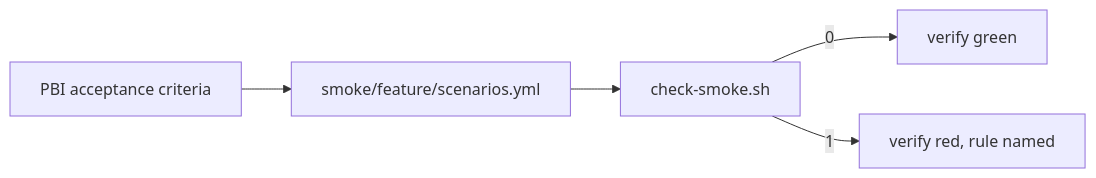
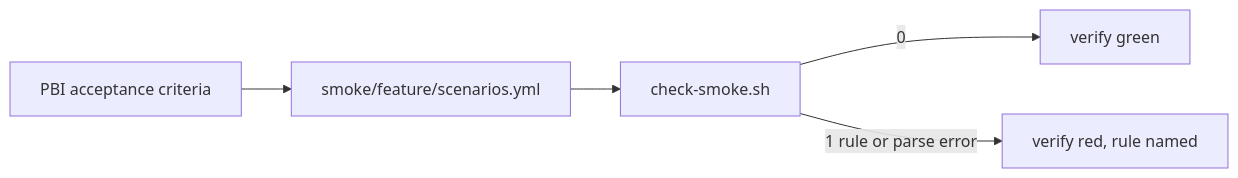
One commit to svennijhuis/agentic-workflows changed the first of 2 diagrams in docs/pbi/smoke/SM01.md. Above: the diagram before and after it, drawn with Mermaid. The commit also changed other lines of this file and 8 other files, not shown here.

First line of the commit message:
docs(pbi): smoke SM01-SM07, Cursor review fixes at 17510cc

````diff
--- a/docs/pbi/smoke/SM01.md
+++ b/docs/pbi/smoke/SM01.md
@@ -29,7 +40,7 @@
-  ```mermaid
-  flowchart LR
-    A[PBI acceptance criteria] --> B[smoke/feature/scenarios.yml]
-    B --> C[check-smoke.sh]
-    C -->|0| D[verify green]
-    C -->|1| E[verify red, rule named]
-  ```
+```mermaid
+flowchart LR
+  A[PBI acceptance criteria] --> B[smoke/feature/scenarios.yml]
+  B --> C[check-smoke.sh]
+  C -->|0| D[verify green]
+  C -->|1 rule or parse error| E[verify red, rule named]
+```
````
